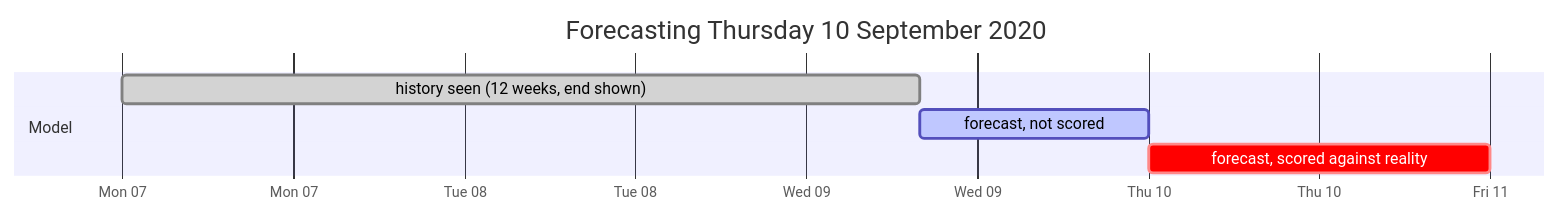
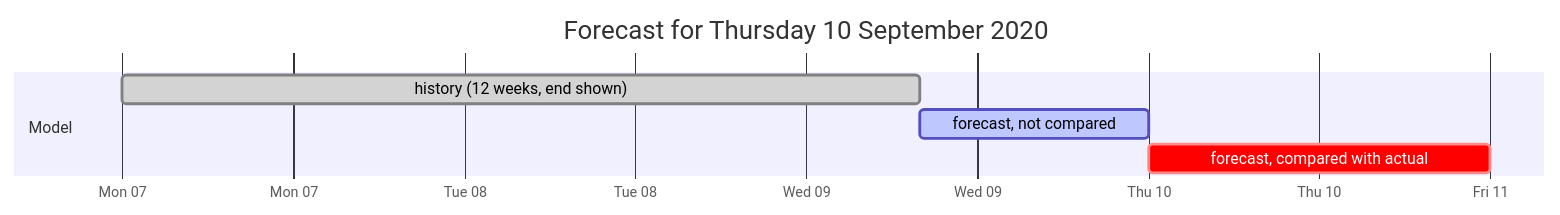
The second of 3 diagrams in README.md (mourjo/zero-shot-forecasting), drawn with Mermaid before and after one commit. The commit also changed other lines of this file, not shown here.

````diff
--- a/README.md
+++ b/README.md
@@ -127,10 +147,10 @@
 ```mermaid
 gantt
-    title Forecasting Thursday 10 September 2020
+    title Forecast for Thursday 10 September 2020
     dateFormat YYYY-MM-DD HH:mm
     axisFormat %a %d
     section Model
-    history seen (12 weeks, end shown) :done, 2020-09-07 00:00, 2020-09-09 08:00
-    forecast, not scored                :active, 2020-09-09 08:00, 2020-09-10 00:00
-    forecast, scored against reality    :crit, 2020-09-10 00:00, 2020-09-11 00:00
+    history (12 weeks, end shown)  :done, 2020-09-07 00:00, 2020-09-09 08:00
+    forecast, not compared          :active, 2020-09-09 08:00, 2020-09-10 00:00
+    forecast, compared with actual  :crit, 2020-09-10 00:00, 2020-09-11 00:00
 ```
````
